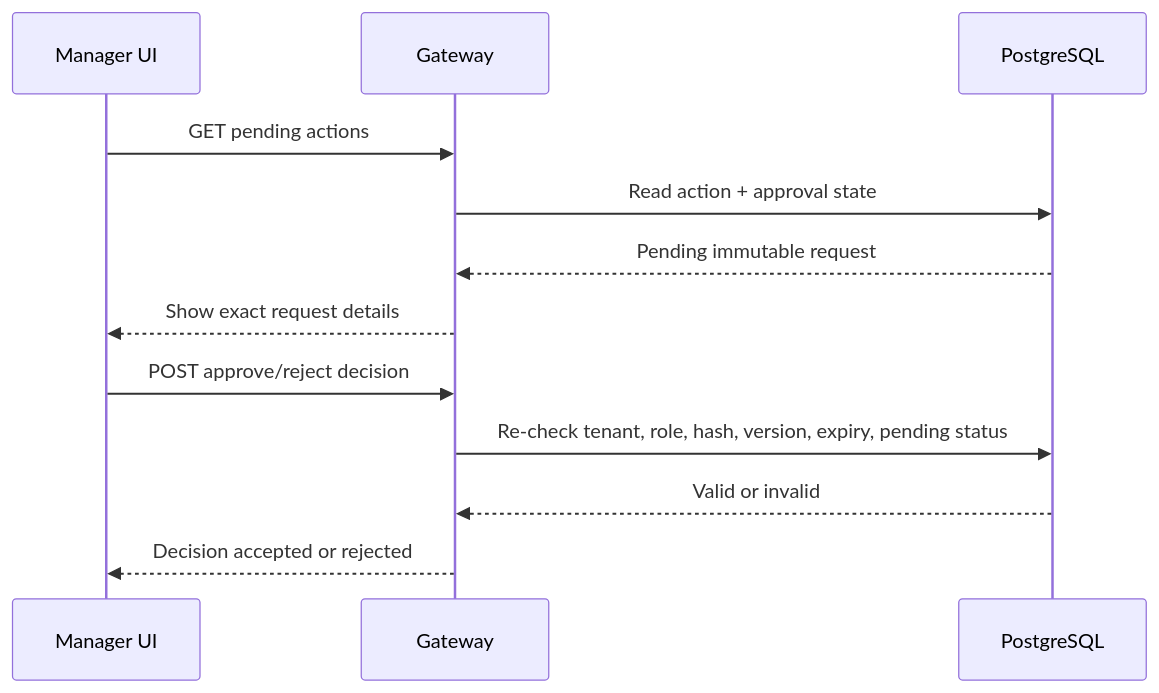
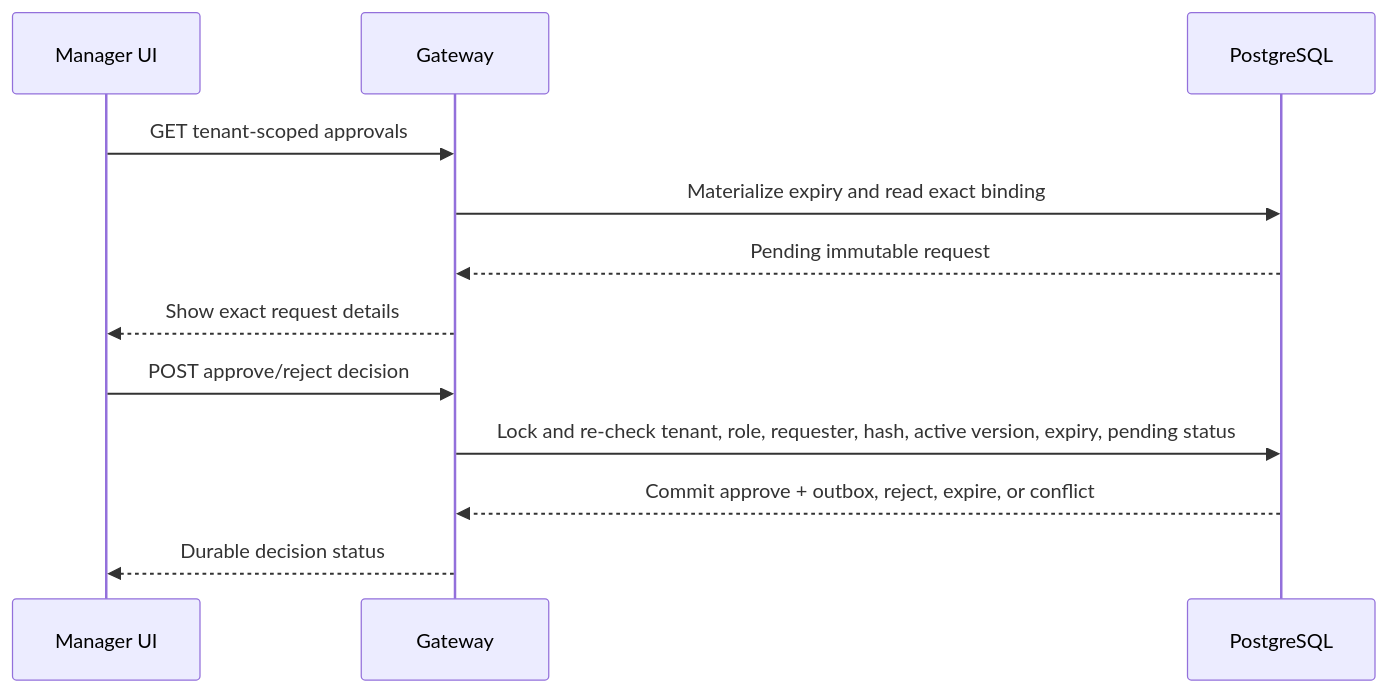
The third of 4 diagrams in docs/ARCHITECTURE.md (SurajPatel108/Fiar), drawn with Mermaid before and after one commit. The commit also changed other lines of this file and 18 other files, not shown here.

````diff
--- a/docs/ARCHITECTURE.md
+++ b/docs/ARCHITECTURE.md
@@ -76,15 +76,15 @@
 ```mermaid
 sequenceDiagram
   participant UI as Manager UI
   participant GW as Gateway
   participant DB as PostgreSQL
 
-  UI->>GW: GET pending actions
-  GW->>DB: Read action + approval state
+  UI->>GW: GET tenant-scoped approvals
+  GW->>DB: Materialize expiry and read exact binding
   DB-->>GW: Pending immutable request
   GW-->>UI: Show exact request details
   UI->>GW: POST approve/reject decision
-  GW->>DB: Re-check tenant, role, hash, version, expiry, pending status
-  DB-->>GW: Valid or invalid
-  GW-->>UI: Decision accepted or rejected
+  GW->>DB: Lock and re-check tenant, role, requester, hash, active version, expiry, pending status
+  DB-->>GW: Commit approve + outbox, reject, expire, or conflict
+  GW-->>UI: Durable decision status
 ```
````
